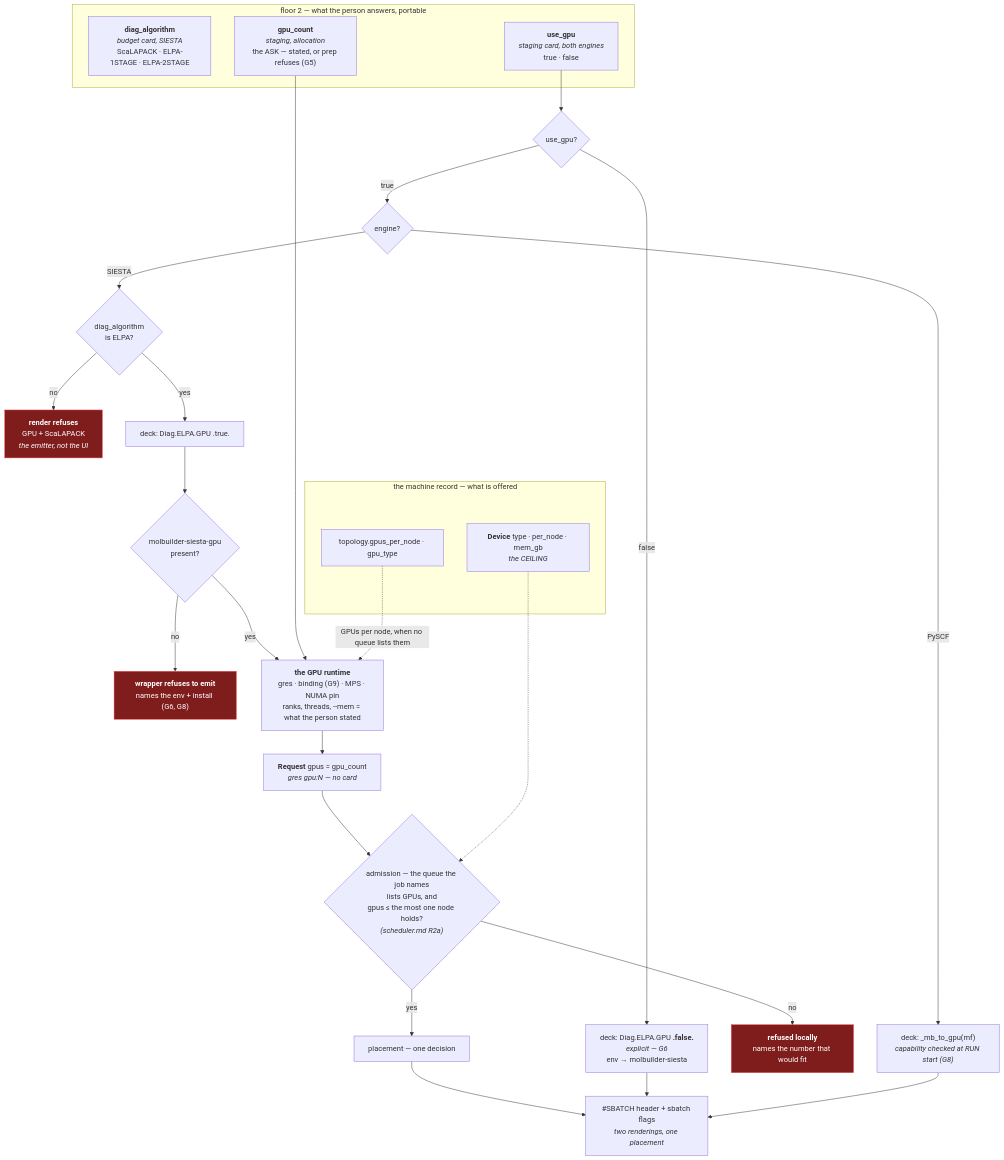
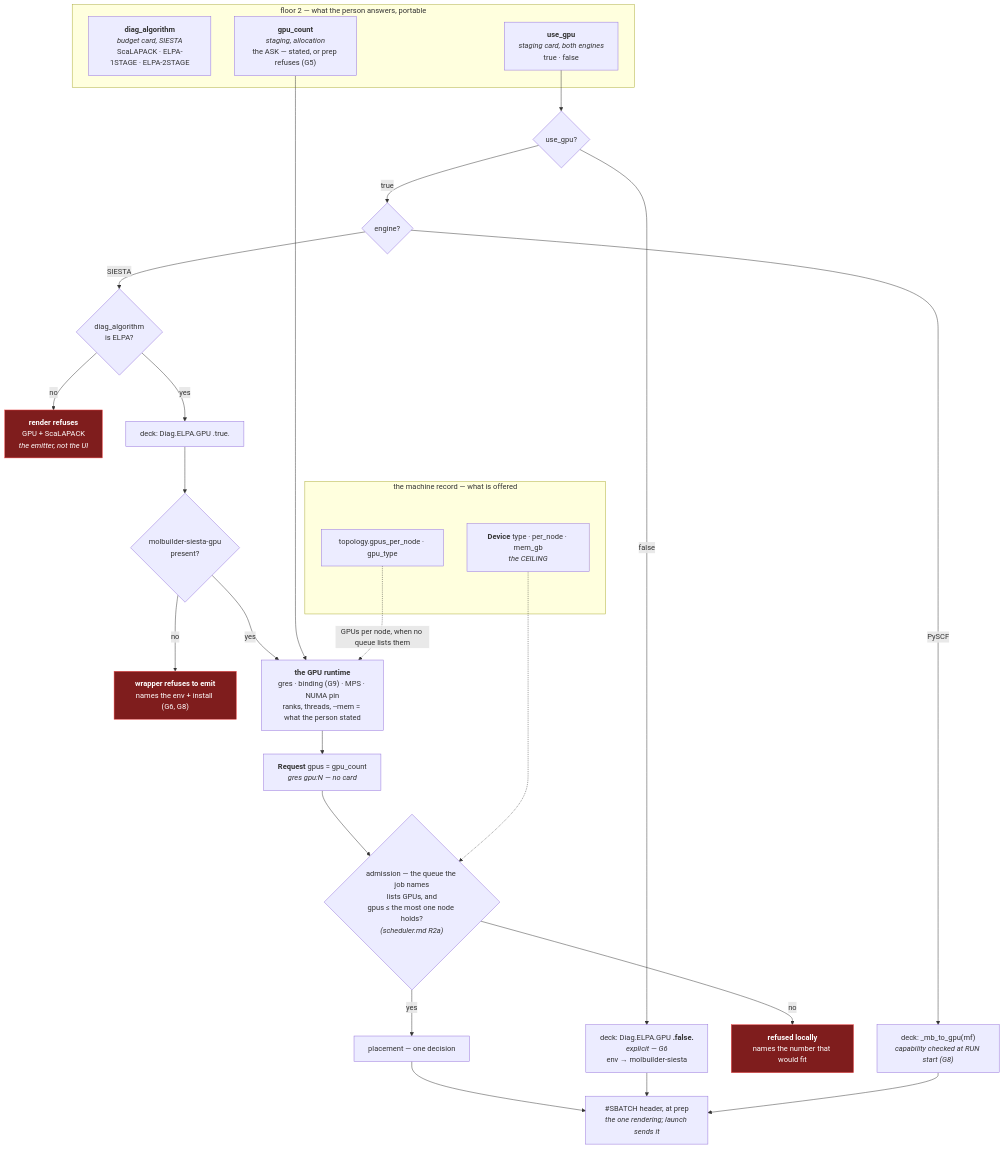
The diagram in docs/execution/gpu.md (Qing-LAB/molbuilder), drawn with Mermaid before and after one commit. The commit also changed other lines of this file and 50 other files, not shown here.

````diff
--- a/docs/execution/gpu.md
+++ b/docs/execution/gpu.md
@@ -215,42 +206,42 @@
 ```mermaid
 flowchart TB
     subgraph ASK["floor 2 — what the person answers, portable"]
         SOLVER["<b>diag_algorithm</b><br/><i>budget card, SIESTA</i><br/>ScaLAPACK · ELPA-1STAGE · ELPA-2STAGE"]
         WANT["<b>use_gpu</b><br/><i>staging card, both engines</i><br/>true · false"]
         COUNT["<b>gpu_count</b><br/><i>staging, allocation</i><br/>the ASK — stated, or prep refuses (G5)"]
     end
 
     subgraph MACH["the machine record — what is offered"]
         DEV["<b>Device</b> type · per_node · mem_gb<br/><i>the CEILING</i>"]
         TOPO["topology.gpus_per_node · gpu_type"]
     end
 
     WANT --> Q1{"use_gpu?"}
     Q1 -->|false| CPU["deck: Diag.ELPA.GPU <b>.false.</b><br/><i>explicit — G6</i><br/>env → molbuilder-siesta"]
     Q1 -->|true| Q2{"engine?"}
 
     Q2 -->|SIESTA| Q3{"diag_algorithm<br/>is ELPA?"}
     Q3 -->|no| REFUSE1["<b>render refuses</b><br/>GPU + ScaLAPACK<br/><i>the emitter, not the UI</i>"]
     Q3 -->|yes| DECK["deck: Diag.ELPA.GPU .true."]
     Q2 -->|PySCF| PYDECK["deck: _mb_to_gpu(mf)<br/><i>capability checked at RUN start (G8)</i>"]
 
     DECK --> ENV{"molbuilder-siesta-gpu<br/>present?"}
     ENV -->|no| REFUSE2["<b>wrapper refuses to emit</b><br/>names the env + install (G6, G8)"]
     ENV -->|yes| RT["<b>the GPU runtime</b><br/>gres · binding (G9) · MPS · NUMA pin<br/>ranks, threads, --mem = what the person stated"]
 
     COUNT --> RT
     TOPO -.->|"GPUs per node, when no queue lists them"| RT
     RT --> REQ["<b>Request</b> gpus = gpu_count<br/><i>gres gpu:N — no card</i>"]
 
     REQ --> ADMIT{"admission — the queue the job names<br/>lists GPUs, and<br/>gpus ≤ the most one node holds?<br/><i>(scheduler.md R2a)</i>"}
     DEV -.-> ADMIT
     ADMIT -->|no| REFUSE3["<b>refused locally</b><br/>names the number that would fit"]
     ADMIT -->|yes| PLACE["placement — one decision"]
-    PLACE --> OUT["#SBATCH header + sbatch flags<br/><i>two renderings, one placement</i>"]
+    PLACE --> OUT["#SBATCH header, at prep<br/><i>the one rendering; launch sends it</i>"]
 
     CPU --> OUT
     PYDECK --> OUT
 
     classDef refuse fill:#7f1d1d,stroke:#ef4444,color:#fff
     class REFUSE1,REFUSE2,REFUSE3 refuse
 ```
````
